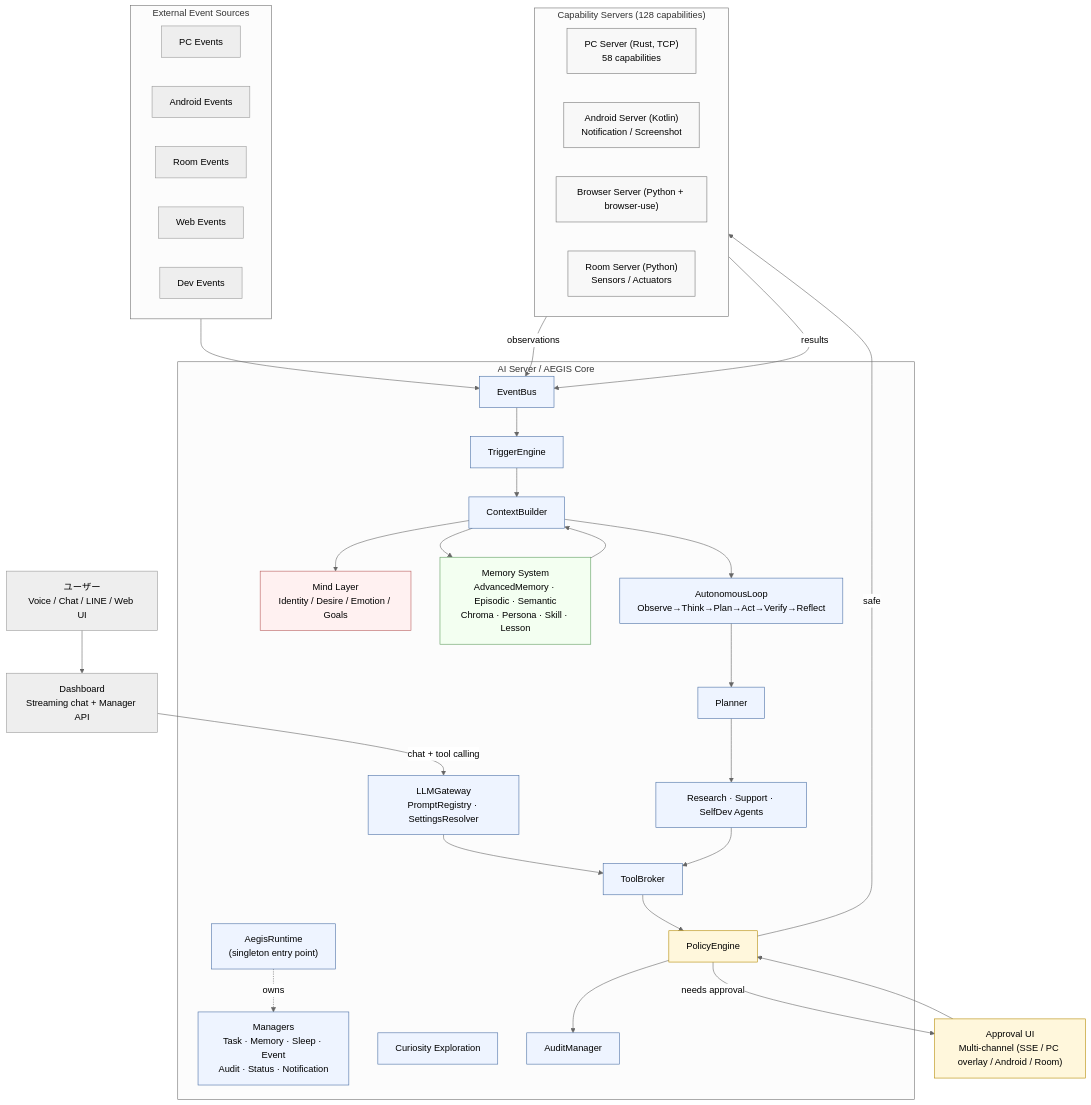
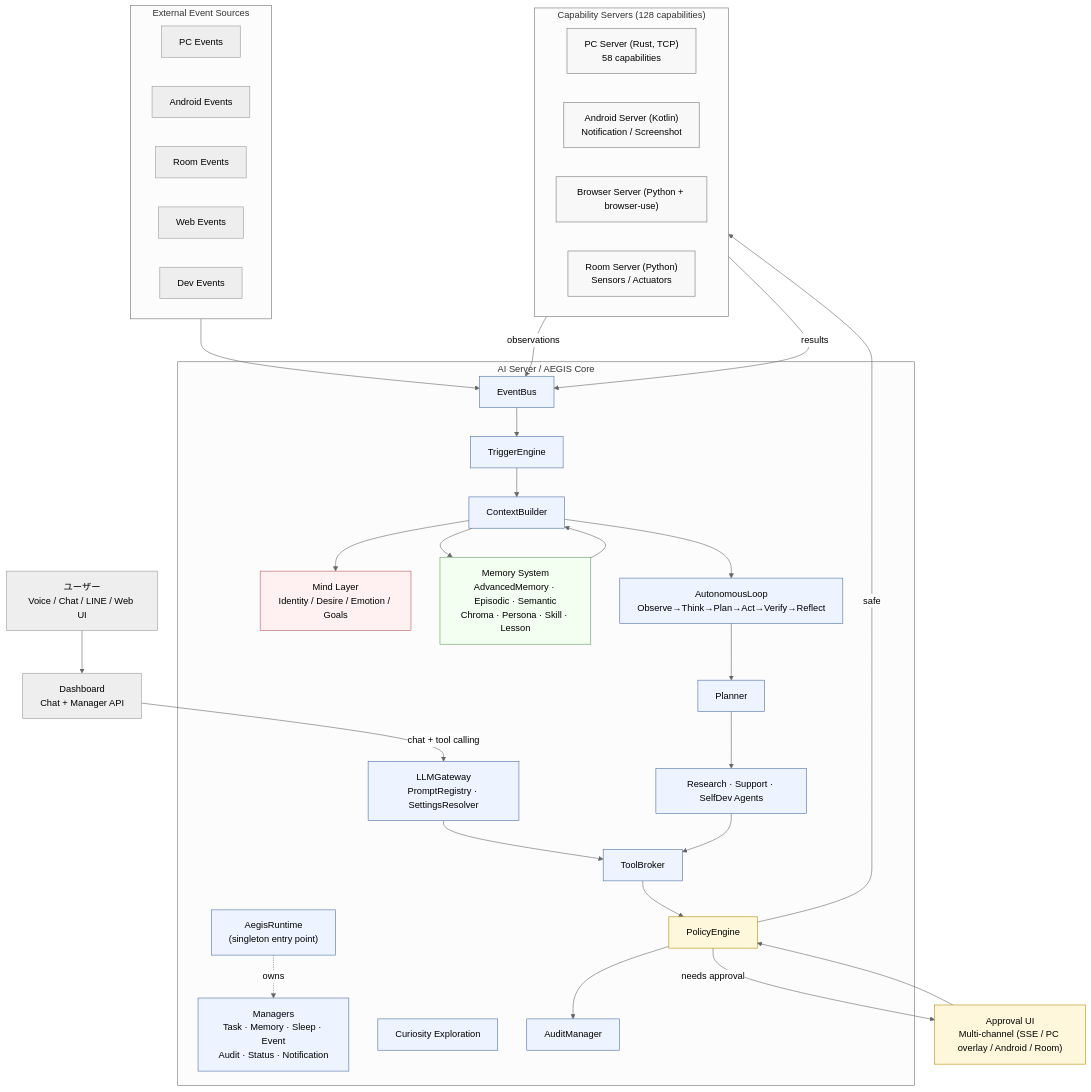
The first of 3 diagrams in docs/architecture.md (Kohaku912/AEGIS), drawn with Mermaid (neutral theme) before and after one commit. The commit also changed other lines of this file and 9 other files, not shown here.

````diff
--- a/docs/architecture.md
+++ b/docs/architecture.md
@@ -36,78 +36,78 @@
 ```mermaid
 flowchart TB
     %% User Interfaces
     U["ユーザー<br/>Voice / Chat / LINE / Web UI"]
-    DashUI["Dashboard<br/>Streaming chat + Manager API"]
+    DashUI["Dashboard<br/>Chat + Manager API"]
     ApprovalUI["Approval UI<br/>Multi-channel (SSE / PC overlay / Android / Room)"]
 
     %% Event Sources
     subgraph EventSources["External Event Sources"]
         PCEvents["PC Events"]
         AndroidEvents["Android Events"]
         RoomEvents["Room Events"]
         WebEvents["Web Events"]
         DevEvents["Dev Events"]
     end
 
     %% Core
     subgraph Core["AI Server / AEGIS Core"]
         Runtime["AegisRuntime<br/>(singleton entry point)"]
         Managers["Managers<br/>Task · Memory · Sleep · Event<br/>Audit · Status · Notification"]
         EventBus["EventBus"]
         TriggerEngine["TriggerEngine"]
         ContextBuilder["ContextBuilder"]
         Mind["Mind Layer<br/>Identity / Desire / Emotion / Goals"]
         Memory["Memory System<br/>AdvancedMemory · Episodic · Semantic<br/>Chroma · Persona · Skill · Lesson"]
         AutonomousLoop["AutonomousLoop<br/>Observe→Think→Plan→Act→Verify→Reflect"]
         Planner["Planner"]
         Curiosity["Curiosity Exploration"]
         Agents["Research · Support · SelfDev Agents"]
         LLMGateway["LLMGateway<br/>PromptRegistry · SettingsResolver"]
         ToolBroker["ToolBroker"]
         Policy["PolicyEngine"]
         AuditLog["AuditManager"]
     end
 
     %% Servers
     subgraph Servers["Capability Servers (128 capabilities)"]
         PCServer["PC Server (Rust, TCP)<br/>58 capabilities"]
         AndroidServer["Android Server (Kotlin)<br/>Notification / Screenshot"]
         BrowserServer["Browser Server (Python + browser-use)"]
         RoomServer["Room Server (Python)<br/>Sensors / Actuators"]
     end
 
     %% Data Flow
     U --> DashUI
     DashUI -->|chat + tool calling| LLMGateway
     LLMGateway --> ToolBroker
     EventSources --> EventBus
     EventBus --> TriggerEngine
     TriggerEngine --> ContextBuilder
     ContextBuilder --> Mind
     ContextBuilder --> Memory
     ContextBuilder --> AutonomousLoop
     Memory --> ContextBuilder
     Servers -->|observations| EventBus
     AutonomousLoop --> Planner --> Agents
     Agents --> ToolBroker
     ToolBroker --> Policy
     Policy -->|safe| Servers
     Policy -->|needs approval| ApprovalUI
     ApprovalUI --> Policy
     Servers -->|results| EventBus
     Policy --> AuditLog
     Runtime -.->|owns| Managers
 
     classDef core fill:#eef4ff,stroke:#4a6fa5
     classDef mind fill:#fff1f1,stroke:#b85c5c
     classDef memory fill:#f3fff1,stroke:#5c9b5c
     classDef server fill:#f8f8f8,stroke:#777
     classDef risk fill:#fff7dc,stroke:#b58a00
     classDef runtime fill:#f0e6ff,stroke:#7b4fa0
 
     class Runtime,Managers,EventBus,TriggerEngine,ContextBuilder,AutonomousLoop,Planner,Curiosity,Agents,ToolBroker,AuditLog,LLMGateway core
     class Mind mind
     class Memory memory
     class PCServer,AndroidServer,BrowserServer,RoomServer server
     class Policy,ApprovalUI risk
 ```
````
